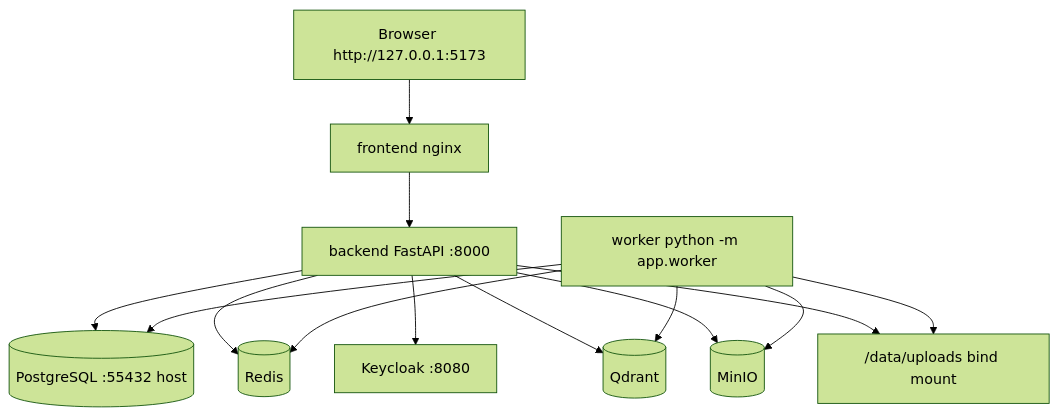
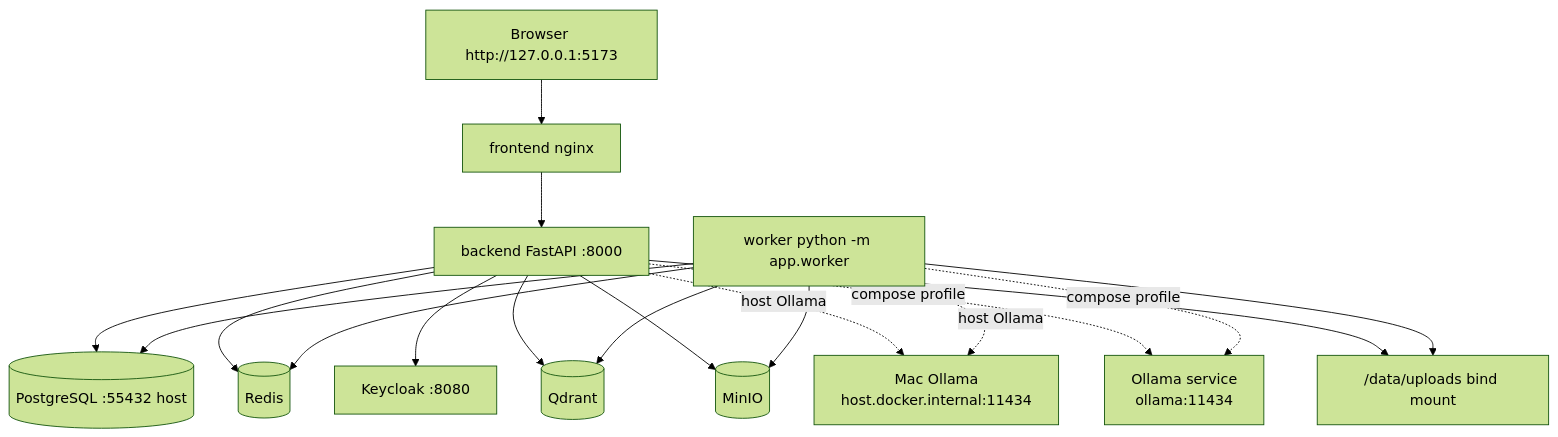
One commit to lnrdwarampudis-git/rag-saas-docs-ingestion-poc changed the eighth of 8 diagrams in docs/flow-diagrams.md. Above: the diagram before and after it, drawn with Mermaid (forest theme). The commit also changed other lines of this file and 6 other files, not shown here.

Commit message:
Document host Ollama Docker flow

````diff
--- a/docs/flow-diagrams.md
+++ b/docs/flow-diagrams.md
@@ -150,16 +172,20 @@
 ```mermaid
 flowchart TD
   browser["Browser http://127.0.0.1:5173"] --> frontend["frontend nginx"]
   frontend --> backend["backend FastAPI :8000"]
   backend --> postgres[("PostgreSQL :55432 host")]
   backend --> redis[("Redis")]
   backend --> keycloak["Keycloak :8080"]
   backend --> qdrant[("Qdrant")]
   backend --> minio[("MinIO")]
+  backend -. host Ollama .-> hostOllama["Mac Ollama<br/>host.docker.internal:11434"]
+  backend -. compose profile .-> composeOllama["Ollama service<br/>ollama:11434"]
   backend --> uploads["/data/uploads bind mount"]
   worker["worker python -m app.worker"] --> redis
   worker --> postgres
   worker --> uploads
   worker --> qdrant
   worker --> minio
+  worker -. host Ollama .-> hostOllama
+  worker -. compose profile .-> composeOllama
 ```
````
